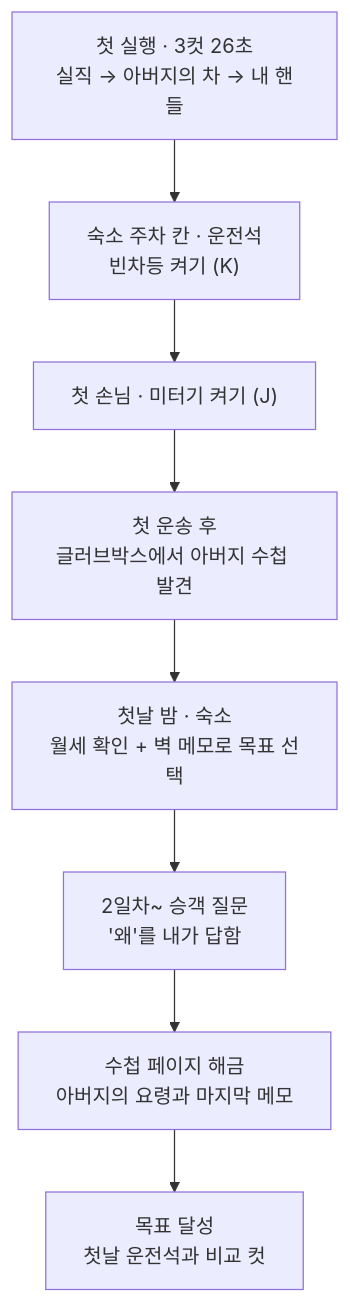
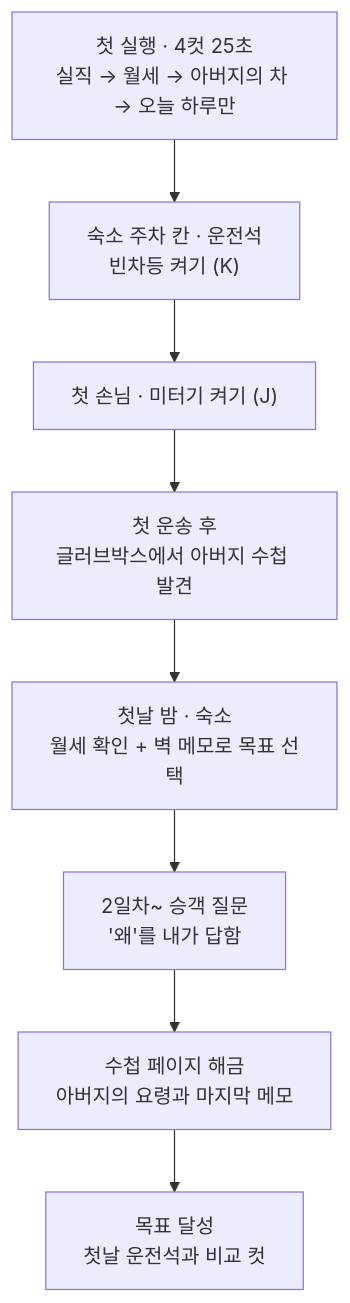
Before and after one commit to herothgf-cell/project-b: the diagram in docs/content-design/33-backstory-presentation.md, drawn with Mermaid. The commit also changed other lines of this file and 19 other files, not shown here.

````diff
--- a/docs/content-design/33-backstory-presentation.md
+++ b/docs/content-design/33-backstory-presentation.md
@@ -27,10 +27,10 @@
 ```mermaid
 flowchart TD
-  A["첫 실행 · 3컷 26초<br/>실직 → 아버지의 차 → 내 핸들"] --> B["숙소 주차 칸 · 운전석<br/>빈차등 켜기 (K)"]
+  A["첫 실행 · 4컷 25초<br/>실직 → 월세 → 아버지의 차 → 오늘 하루만"] --> B["숙소 주차 칸 · 운전석<br/>빈차등 켜기 (K)"]
   B --> C["첫 손님 · 미터기 켜기 (J)"]
   C --> D["첫 운송 후<br/>글러브박스에서 아버지 수첩 발견"]
   D --> E["첫날 밤 · 숙소<br/>월세 확인 + 벽 메모로 목표 선택"]
   E --> F["2일차~ 승객 질문<br/>'왜'를 내가 답함"]
   F --> G["수첩 페이지 해금<br/>아버지의 요령과 마지막 메모"]
   G --> H["목표 달성<br/>첫날 운전석과 비교 컷"]
 ```
````
